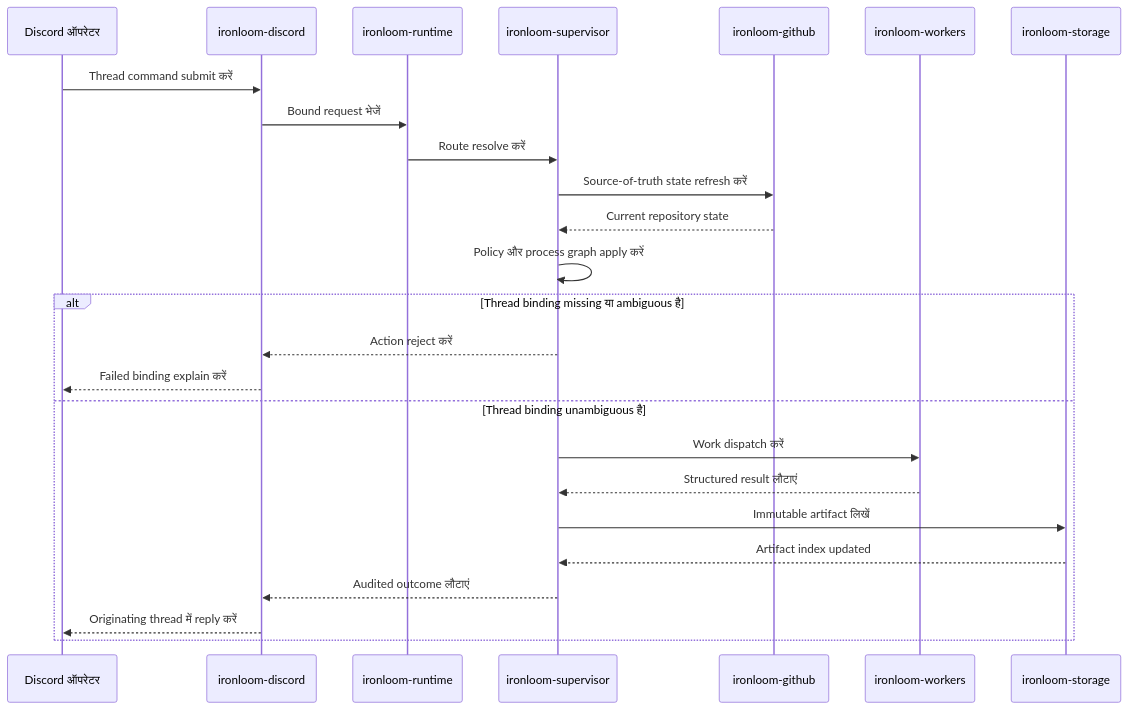
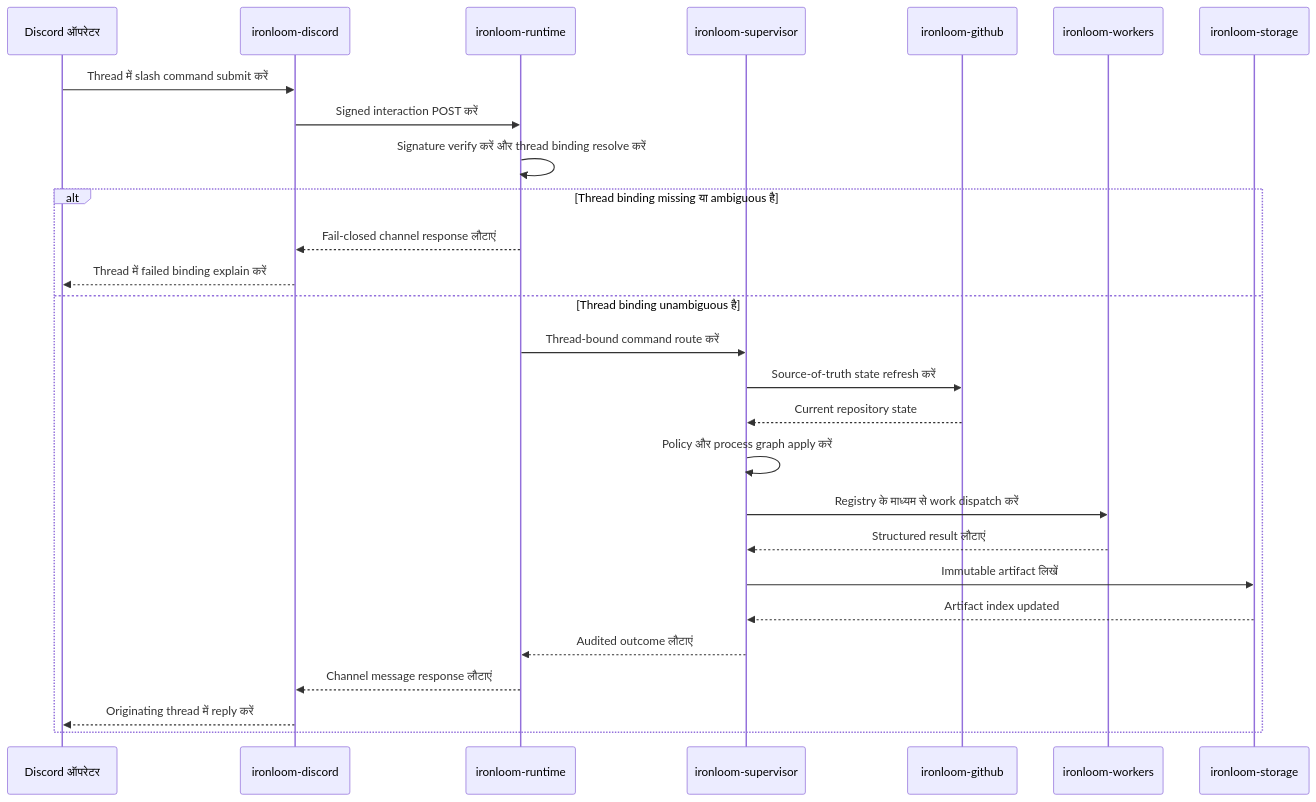
The diagram in site/guide-docs/hi/guides/operator-workflows.md (VannaDii/ironloom), drawn with Mermaid before and after one commit. The commit also changed 73 other files, not shown here.

````diff
--- a/site/guide-docs/hi/guides/operator-workflows.md
+++ b/site/guide-docs/hi/guides/operator-workflows.md
@@ -7,28 +7,30 @@
 ```mermaid
 sequenceDiagram
   participant Operator as Discord ऑपरेटर
   participant Discord as ironloom-discord
   participant Runtime as ironloom-runtime
   participant Supervisor as ironloom-supervisor
   participant GitHub as ironloom-github
   participant Worker as ironloom-workers
   participant Storage as ironloom-storage
 
-  Operator->>Discord: Thread command submit करें
-  Discord->>Runtime: Bound request भेजें
-  Runtime->>Supervisor: Route resolve करें
-  Supervisor->>GitHub: Source-of-truth state refresh करें
-  GitHub-->>Supervisor: Current repository state
-  Supervisor->>Supervisor: Policy और process graph apply करें
+  Operator->>Discord: Thread में slash command submit करें
+  Discord->>Runtime: Signed interaction POST करें
+  Runtime->>Runtime: Signature verify करें और thread binding resolve करें
   alt Thread binding missing या ambiguous है
-    Supervisor-->>Discord: Action reject करें
-    Discord-->>Operator: Failed binding explain करें
+    Runtime-->>Discord: Fail-closed channel response लौटाएं
+    Discord-->>Operator: Thread में failed binding explain करें
   else Thread binding unambiguous है
-    Supervisor->>Worker: Work dispatch करें
+    Runtime->>Supervisor: Thread-bound command route करें
+    Supervisor->>GitHub: Source-of-truth state refresh करें
+    GitHub-->>Supervisor: Current repository state
+    Supervisor->>Supervisor: Policy और process graph apply करें
+    Supervisor->>Worker: Registry के माध्यम से work dispatch करें
     Worker-->>Supervisor: Structured result लौटाएं
     Supervisor->>Storage: Immutable artifact लिखें
     Storage-->>Supervisor: Artifact index updated
-    Supervisor-->>Discord: Audited outcome लौटाएं
+    Supervisor-->>Runtime: Audited outcome लौटाएं
+    Runtime-->>Discord: Channel message response लौटाएं
     Discord-->>Operator: Originating thread में reply करें
   end
 ```
````
